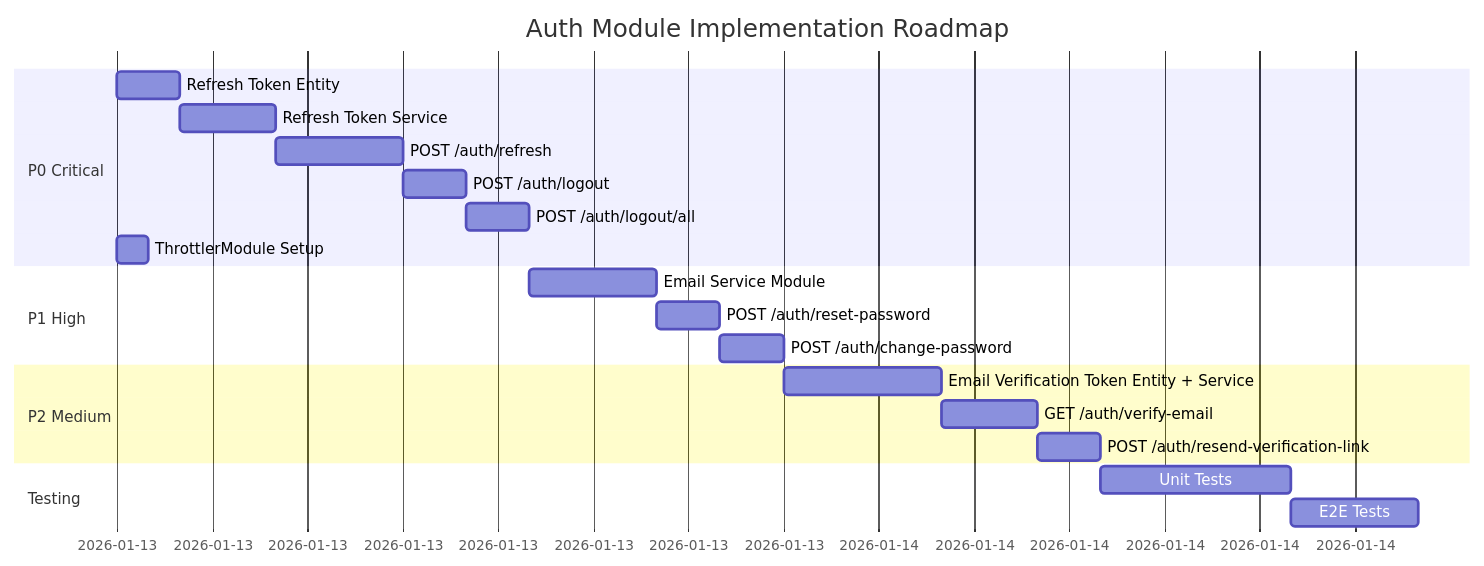
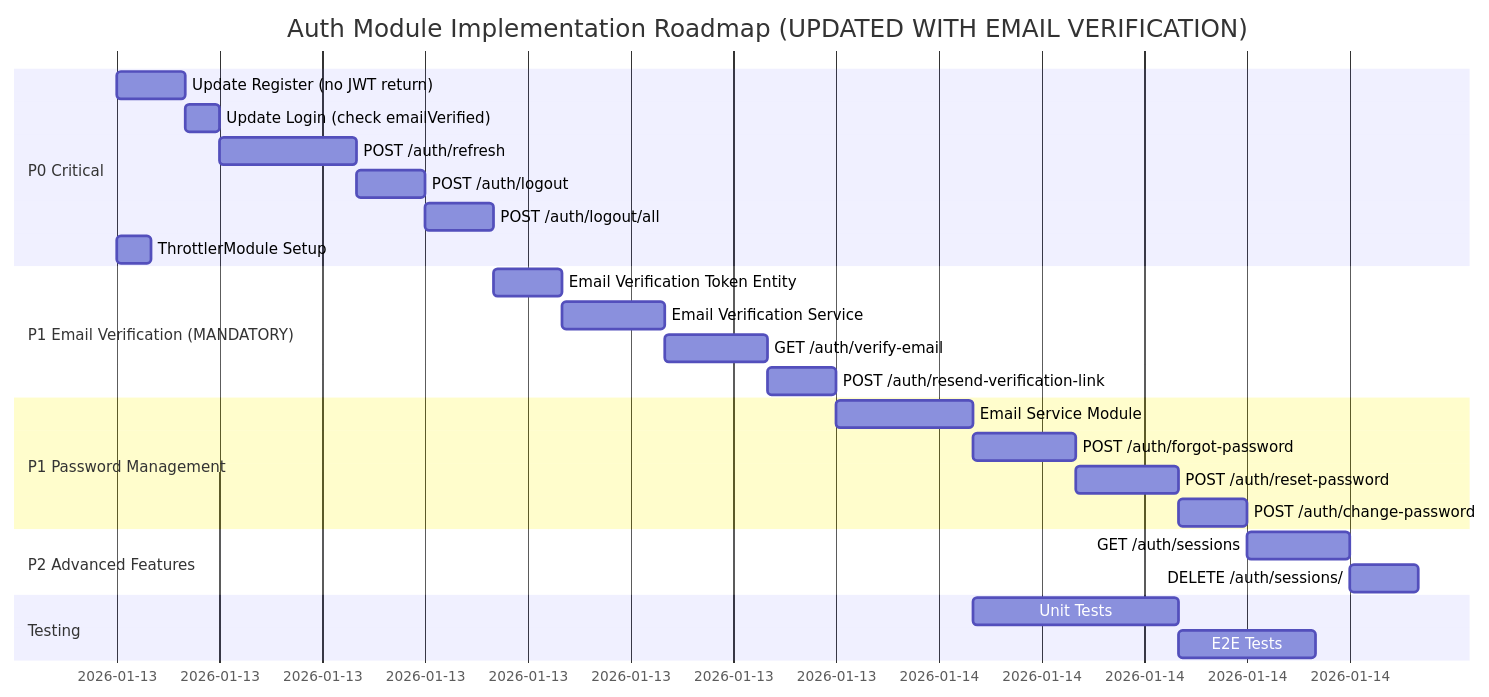
The ninth of 9 diagrams in src/modules/auth/AUTH_API_SPEC.md (LuongCongThanh/nestjs_ex), drawn with Mermaid before and after one commit. The commit also changed other lines of this file and 5 other files, not shown here.

````diff
--- a/src/modules/auth/AUTH_API_SPEC.md
+++ b/src/modules/auth/AUTH_API_SPEC.md
@@ -3409,26 +4269,32 @@
 ```mermaid
 gantt
-    title Auth Module Implementation Roadmap
+    title Auth Module Implementation Roadmap (UPDATED WITH EMAIL VERIFICATION)
     dateFormat  YYYY-MM-DD
     section P0 Critical
-    Refresh Token Entity           :p0-1, 2026-01-13, 2h
-    Refresh Token Service          :p0-2, after p0-1, 3h
-    POST /auth/refresh            :p0-3, after p0-2, 4h
-    POST /auth/logout             :p0-4, after p0-3, 2h
-    POST /auth/logout/all         :p0-5, after p0-4, 2h
-    ThrottlerModule Setup         :p0-6, 2026-01-13, 1h
+    Update Register (no JWT return)     :p0-1, 2026-01-13, 2h
+    Update Login (check emailVerified)  :p0-2, after p0-1, 1h
+    POST /auth/refresh                  :p0-3, after p0-2, 4h
+    POST /auth/logout                   :p0-4, after p0-3, 2h
+    POST /auth/logout/all               :p0-5, after p0-4, 2h
+    ThrottlerModule Setup               :p0-6, 2026-01-13, 1h
 
-    section P1 High
-    Email Service Module          :p1-1, after p0-5, 4h
-    POST /auth/reset-password     :p1-2, after p1-1, 2h
-    POST /auth/change-password    :p1-3, after p1-2, 2h
+    section P1 Email Verification (MANDATORY)
+    Email Verification Token Entity     :p1-1, after p0-5, 2h
+    Email Verification Service          :p1-2, after p1-1, 3h
+    GET /auth/verify-email              :p1-3, after p1-2, 3h
+    POST /auth/resend-verification-link :p1-4, after p1-3, 2h
 
-    section P2 Medium
-    Email Verification Token Entity + Service :p2-1, after p1-3, 5h
-    GET /auth/verify-email                    :p2-2, after p2-1, 3h
-    POST /auth/resend-verification-link       :p2-3, after p2-2, 2h
+    section P1 Password Management
+    Email Service Module                :p1-5, after p1-4, 4h
+    POST /auth/forgot-password          :p1-6, after p1-5, 3h
+    POST /auth/reset-password           :p1-7, after p1-6, 3h
+    POST /auth/change-password          :p1-8, after p1-7, 2h
+
+    section P2 Advanced Features
+    GET /auth/sessions                  :p2-1, after p1-8, 3h
+    DELETE /auth/sessions/:id           :p2-2, after p2-1, 2h
 
     section Testing
-    Unit Tests                    :t1, after p2-3, 6h
-    E2E Tests                     :t2, after t1, 4h
+    Unit Tests                          :t1, after p2-2, 6h
+    E2E Tests                           :t2, after t1, 4h
 ```
````
